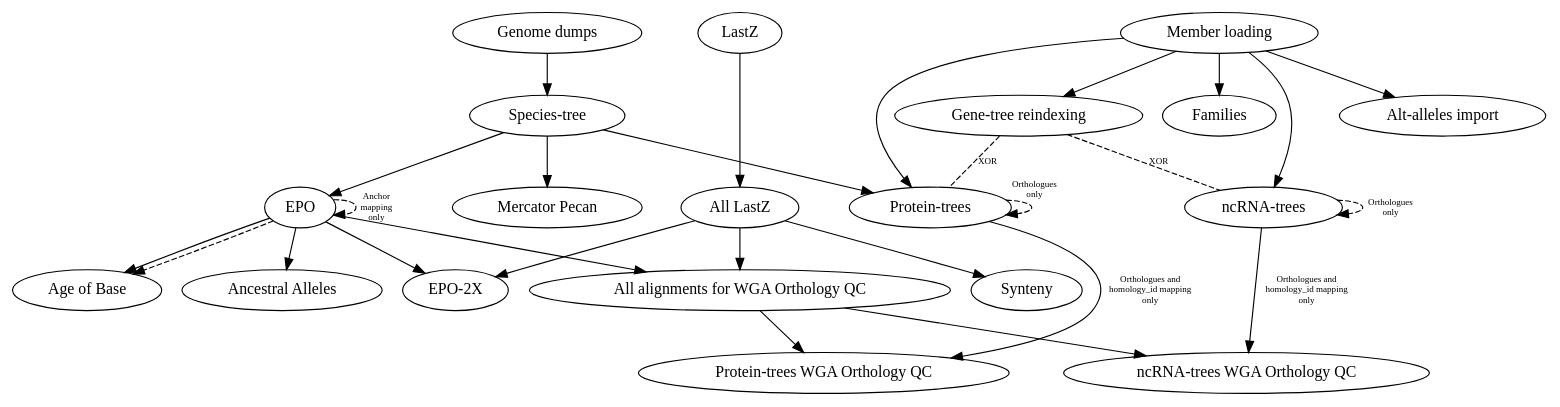
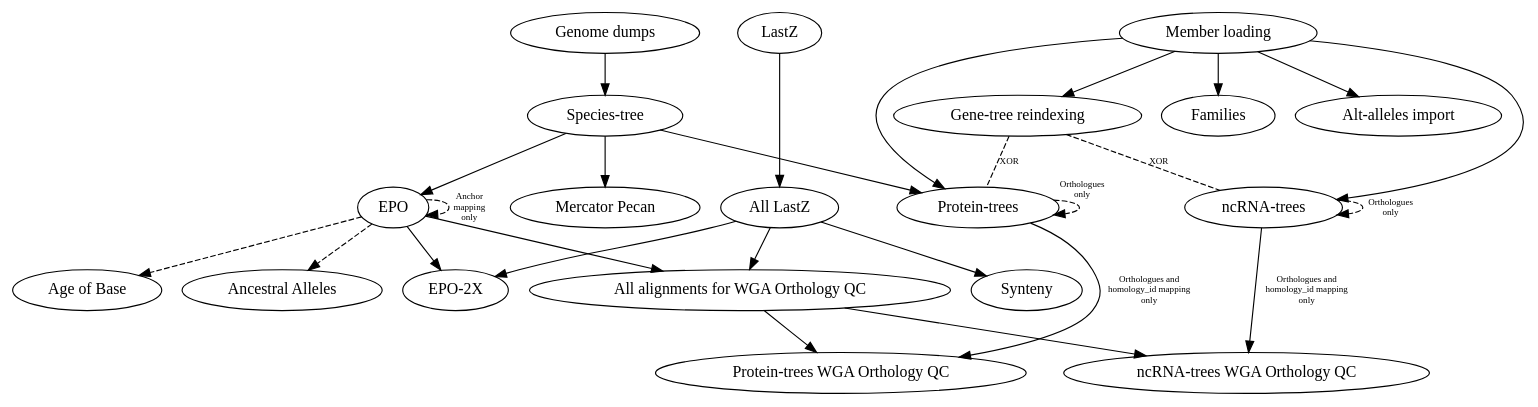
Before and after one commit to Ensembl/ensembl-compara: the diagram in scripts/jira_tickets/compara_merged.dot, drawn with Graphviz.

Commit message:
More specific EPO dependency links

```diff
--- a/scripts/jira_tickets/compara_merged.dot
+++ b/scripts/jira_tickets/compara_merged.dot
@@ -1,22 +1,21 @@
 digraph {
     "Genome dumps" -> "Species-tree";
     "Species-tree" -> { "EPO", "Mercator Pecan", "Protein-trees" };
     {"EPO", "All LastZ"} -> "EPO-2X";
-    "EPO" -> "Age of Base";
-    "EPO" -> "Ancestral Alleles";
     "Member loading" -> { "Protein-trees", "ncRNA-trees", "Families", "Gene-tree reindexing", "Alt-alleles import" };
     "Protein-trees" -> "Protein-trees WGA Orthology QC" [fontsize="8", label="Orthologues and\nhomology_id mapping\nonly"];
     "ncRNA-trees" -> "ncRNA-trees WGA Orthology QC" [fontsize="8", label="Orthologues and\nhomology_id mapping\nonly"];
     {"All LastZ", "EPO"} -> "All alignments for WGA Orthology QC" -> {"Protein-trees WGA Orthology QC", "ncRNA-trees WGA Orthology QC"};
     "LastZ" -> "All LastZ" -> "Synteny";
 
     "Gene-tree reindexing" -> "ncRNA-trees" [style="dashed", dir=none, fontsize="8", label="XOR", headport="murinae:w", tailport="murinae:s"];
     "Gene-tree reindexing" -> "Protein-trees" [style="dashed", dir=none, fontsize="8", label="XOR", headport="murinae:e", tailport="murinae:s"];
     "EPO" -> "EPO" [style="dashed", fontsize="8", label="Anchor\nmapping\nonly", headport="Primates:e", tailport="Mammals:e"];
     "EPO" -> "Age of Base" [style="dashed", headport="Human:e", tailport="Mammals:w"];
+    "EPO" -> "Ancestral Alleles" [style="dashed", headport="Vertebrates:w", tailport="Primates:w"];
     "Protein-trees" -> "Protein-trees" [style="dashed", fontsize="8", xlabel="Orthologues\nonly", headport="Murinae:w", tailport="Default vertebrates:w"];
     "ncRNA-trees" -> "ncRNA-trees" [style="dashed", fontsize="8", label="Orthologues\nonly", headport="Murinae:e", tailport="Default vertebrates:e"];
 
     // Helps laying out the graph
     {rank = same; "Genome dumps"; "LastZ"; "Member loading"; }
 }
```
